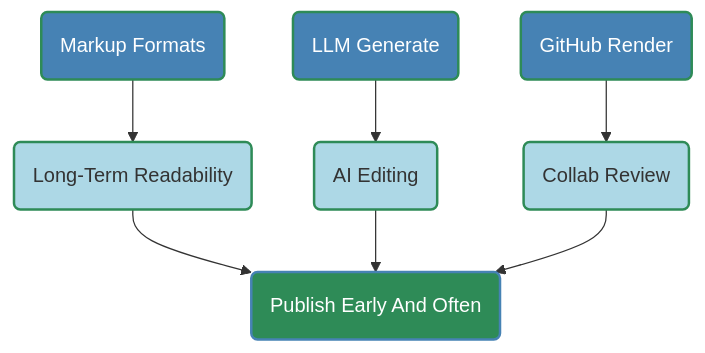
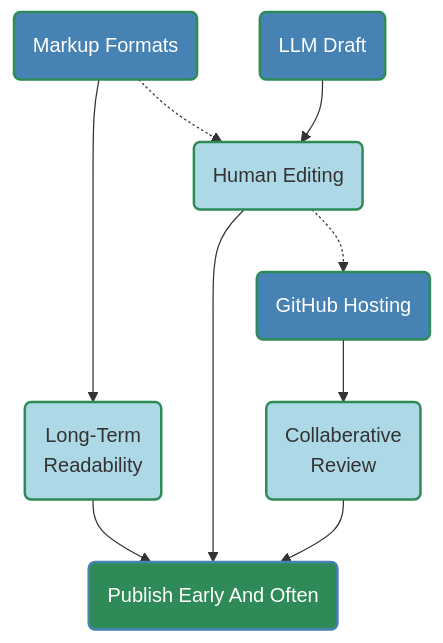
The sixth of 12 diagrams in README.md (buckeye43210/markdown-to-snowkb), drawn with Mermaid before and after one commit.

````diff
--- a/README.md
+++ b/README.md
@@ -354,18 +354,26 @@
 ```mermaid
 graph TD
     A(Markup Formats)
-    A --> B(Long-Term Readability)
-    C(LLM Generate)  --> D(AI Editing)
-    E(GitHub Render) --> F(Collab Review)
-    B --> G(Publish Early And Often)
-    D --> G
-    F --> G
+    B(Long-Term<br> Readability)
+    C(LLM Draft)
+    D(Human Editing)
+    E(GitHub Hosting)
+    F(Collaberative<br> Review)
+    G(Publish Early And Often)
+    A  --> B
+    C  --> D
+    E  --> F
+    B  --> G
+    D  --> G
+    F  --> G
+    A -.-> D
+    D -.-> E
 
     style A fill:#4682B4,stroke:#2E8B57,stroke-width:2px,color:#FFFFFF
     style B fill:#ADD8E6,stroke:#2E8B57,stroke-width:2px
     style C fill:#4682B4,stroke:#2E8B57,stroke-width:2px,color:#FFFFFF
     style D fill:#ADD8E6,stroke:#2E8B57,stroke-width:2px
     style E fill:#4682B4,stroke:#2E8B57,stroke-width:2px,color:#FFFFFF
     style F fill:#ADD8E6,stroke:#2E8B57,stroke-width:2px
     style G fill:#2E8B57,stroke:#4682B4,stroke-width:2px,color:#FFFFFF
 ```
````
